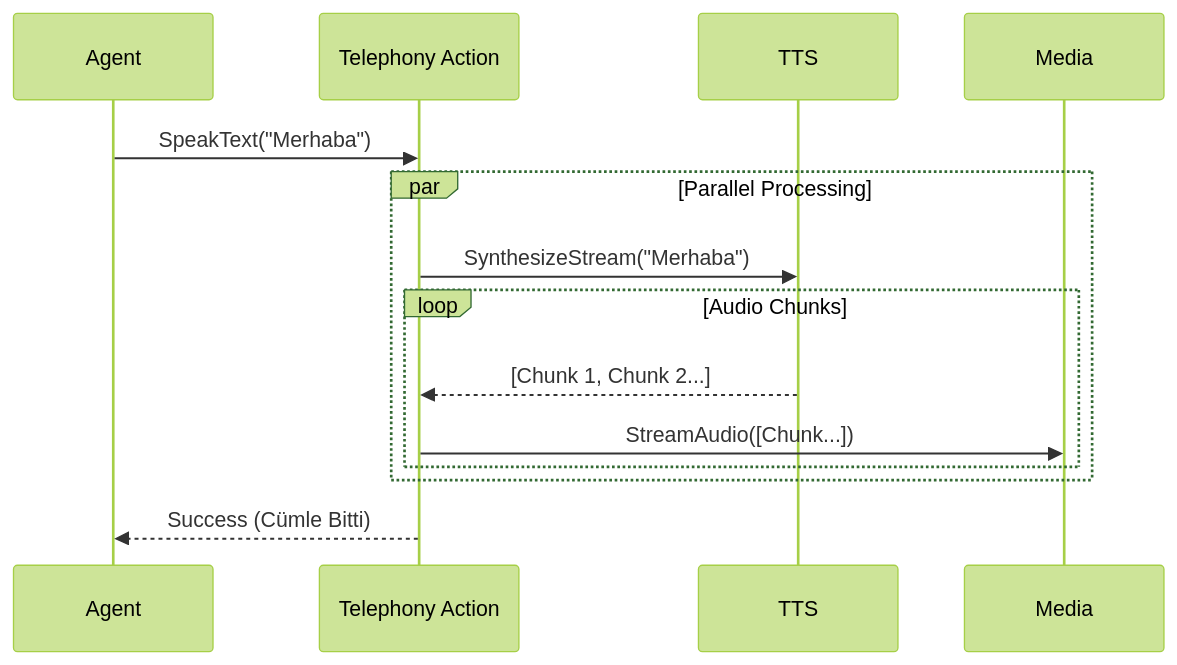
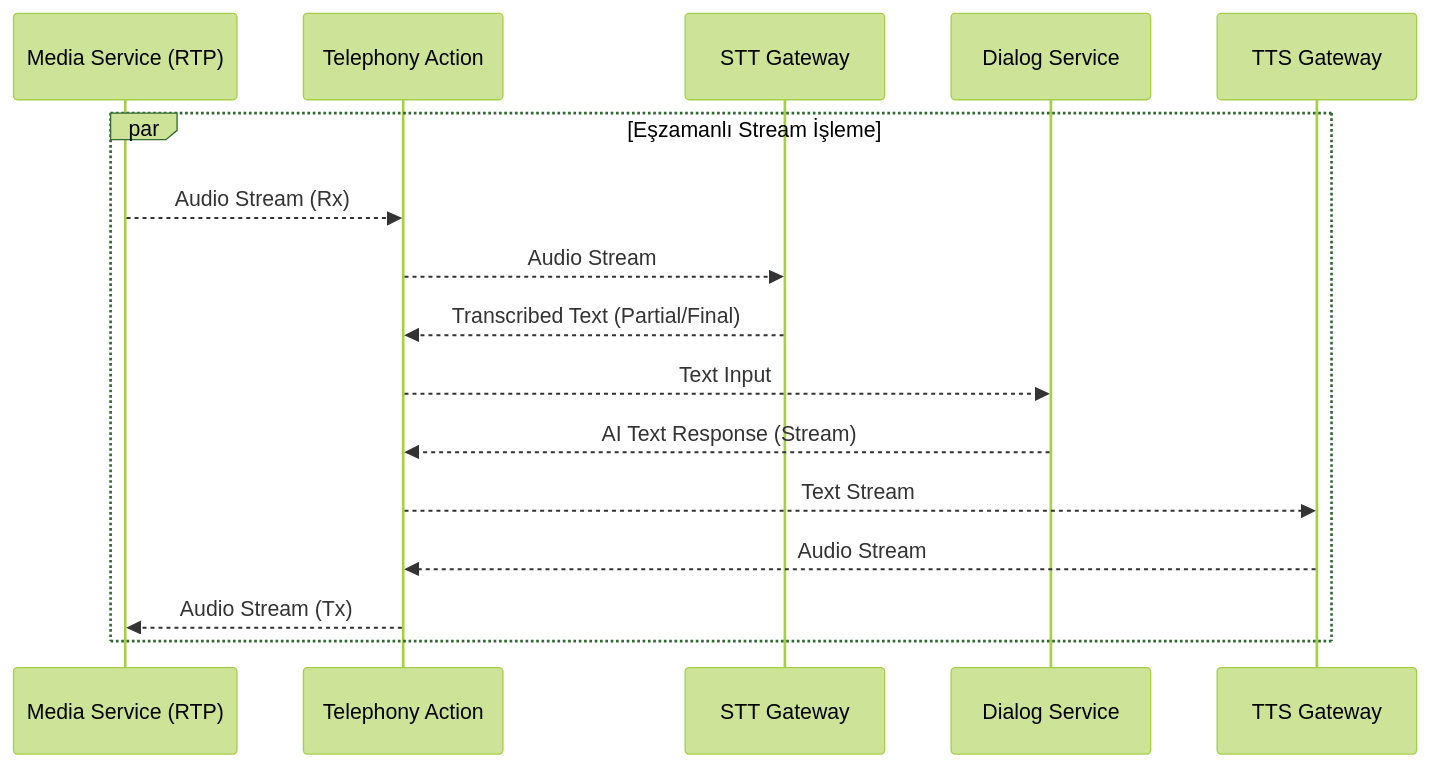
One commit to sentiric/sentiric-telephony-action-service changed the diagram in LOGIC.md. Above: the diagram before and after it, drawn with Mermaid (forest theme). The commit also changed other lines of this file, not shown here.

Commit message:
doc: logic update

````diff
--- a/LOGIC.md
+++ b/LOGIC.md
@@ -16,19 +10,24 @@
 ```mermaid
 sequenceDiagram
-    participant Agent
+    participant Media as Media Service (RTP)
     participant TAS as Telephony Action
-    participant TTS
-    participant Media
+    participant STT as STT Gateway
+    participant Dialog as Dialog Service
+    participant TTS as TTS Gateway
 
-    Agent->>TAS: SpeakText("Merhaba")
-    
-    par Parallel Processing
-        TAS->>TTS: SynthesizeStream("Merhaba")
-        loop Audio Chunks
-            TTS-->>TAS: [Chunk 1, Chunk 2...]
-            TAS->>Media: StreamAudio([Chunk...])
-        end
+    par Eşzamanlı Stream İşleme
+        %% İçe Akış (Duyma)
+        Media-->>TAS: Audio Stream (Rx)
+        TAS-->>STT: Audio Stream
+        STT-->>TAS: Transcribed Text (Partial/Final)
+        
+        %% Beyin (Düşünme)
+        TAS-->>Dialog: Text Input
+        Dialog-->>TAS: AI Text Response (Stream)
+        
+        %% Dışa Akış (Konuşma)
+        TAS-->>TTS: Text Stream
+        TTS-->>TAS: Audio Stream
+        TAS-->>Media: Audio Stream (Tx)
     end
-    
-    TAS-->>Agent: Success (Cümle Bitti)
 ```
````
